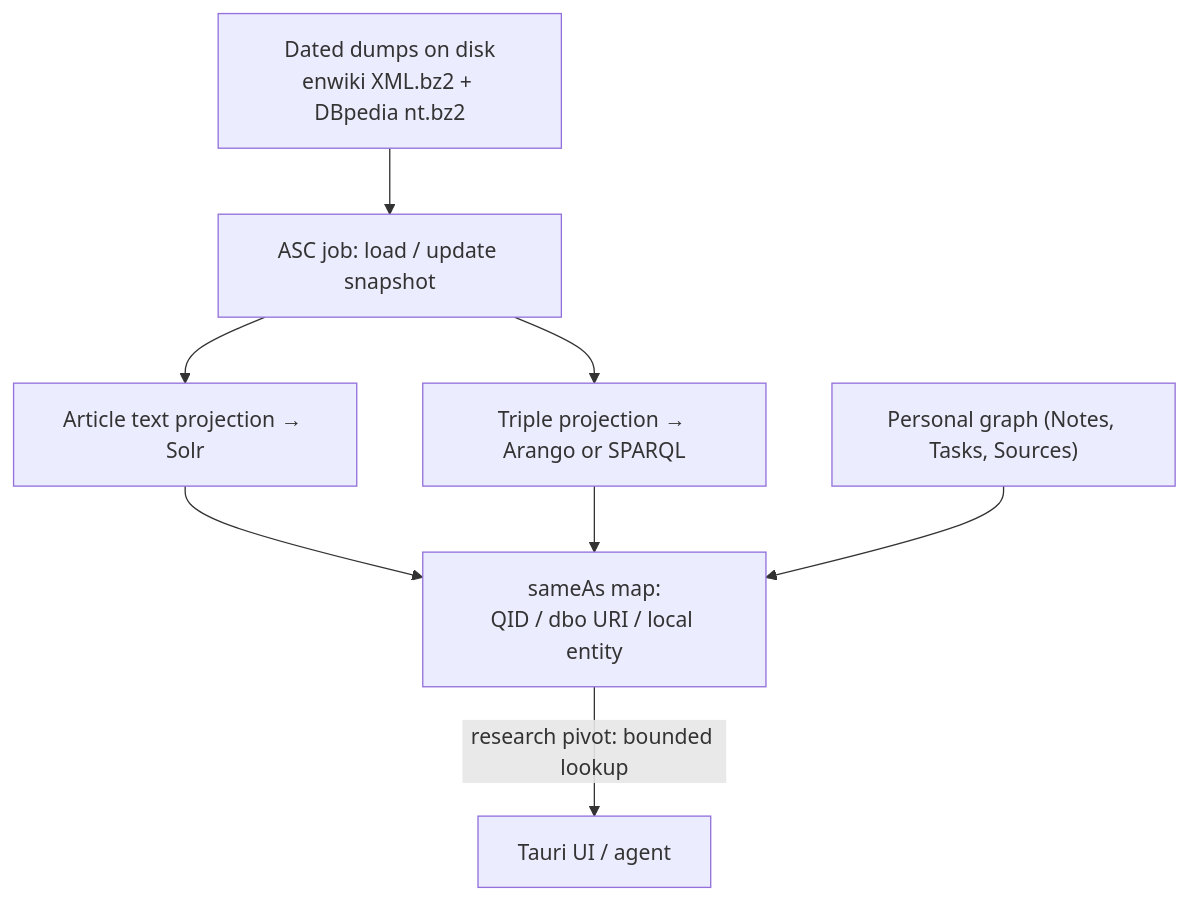
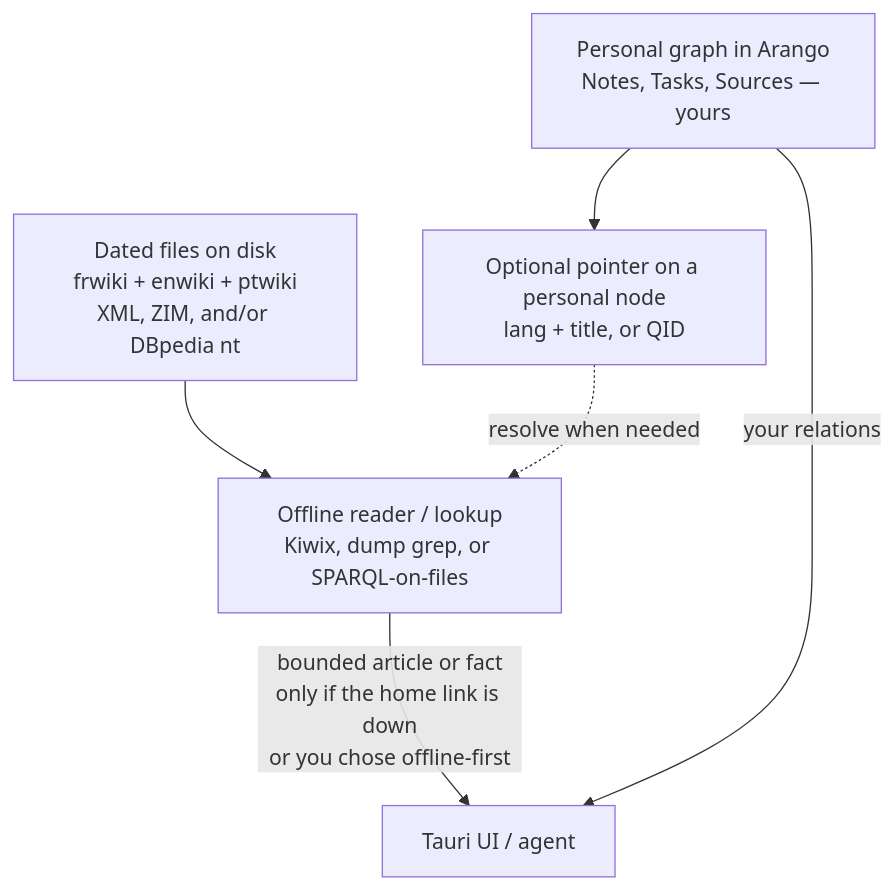
Before and after one commit to Paulmicha/projet-complexe-asc: the fourth of 13 diagrams in data/ideas/2026/08/18-graph-rag-wikipedia-db-pedia-ieml.md, drawn with Mermaid. The commit also changed other lines of this file and 1 other file, not shown here.

````diff
--- a/data/ideas/2026/08/18-graph-rag-wikipedia-db-pedia-ieml.md
+++ b/data/ideas/2026/08/18-graph-rag-wikipedia-db-pedia-ieml.md
@@ -313,18 +352,14 @@
 ```mermaid
 flowchart TB
-  DUMP["Dated dumps on disk<br/>enwiki XML.bz2 + DBpedia nt.bz2"]
-  LOAD["ASC job: load / update snapshot"]
-  ART["Article text projection → Solr"]
-  TRIP["Triple projection → Arango or SPARQL"]
-  MAP["sameAs map:<br/>QID / dbo URI / local entity"]
-  PERS["Personal graph (Notes, Tasks, Sources)"]
+  DUMP["Dated files on disk<br/>frwiki + enwiki + ptwiki<br/>XML, ZIM, and/or DBpedia nt"]
+  READER["Offline reader / lookup<br/>Kiwix, dump grep, or SPARQL-on-files"]
+  PERS["Personal graph in Arango<br/>Notes, Tasks, Sources — yours"]
+  PTR["Optional pointer on a personal node<br/>lang + title, or QID"]
 
-  DUMP --> LOAD
-  LOAD --> ART
-  LOAD --> TRIP
-  ART --> MAP
-  TRIP --> MAP
-  PERS --> MAP
+  DUMP --> READER
+  PERS --> PTR
+  PTR -.->|"resolve when needed"| READER
 
-  MAP -->|"research pivot: bounded lookup"| UI["Tauri UI / agent"]
+  READER -->|"bounded article or fact<br/>only if the home link is down<br/>or you chose offline-first"| UI["Tauri UI / agent"]
+  PERS -->|"your relations"| UI
 ```
````
